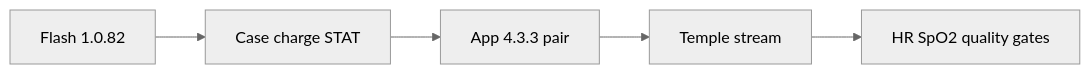
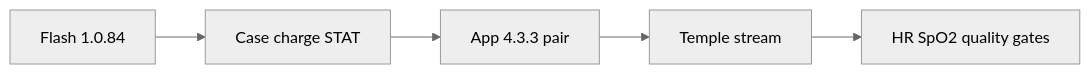
The diagram in docs/data_room/VITALS_PILOT_TEST_PLAN.md (johnacogan67/cursor_oralable), drawn with Mermaid (neutral theme) before and after one commit. The commit also changed other lines of this file and 58 other files, not shown here.

````diff
--- a/docs/data_room/VITALS_PILOT_TEST_PLAN.md
+++ b/docs/data_room/VITALS_PILOT_TEST_PLAN.md
@@ -13,7 +13,7 @@
 ```mermaid
 flowchart LR
-  Flash[Flash 1.0.82] --> Case[Case charge STAT]
+  Flash[Flash 1.0.84] --> Case[Case charge STAT]
   Case --> App[App 4.3.3 pair]
   App --> Temple[Temple stream]
   Temple --> Gates[HR SpO2 quality gates]
 ```
````
